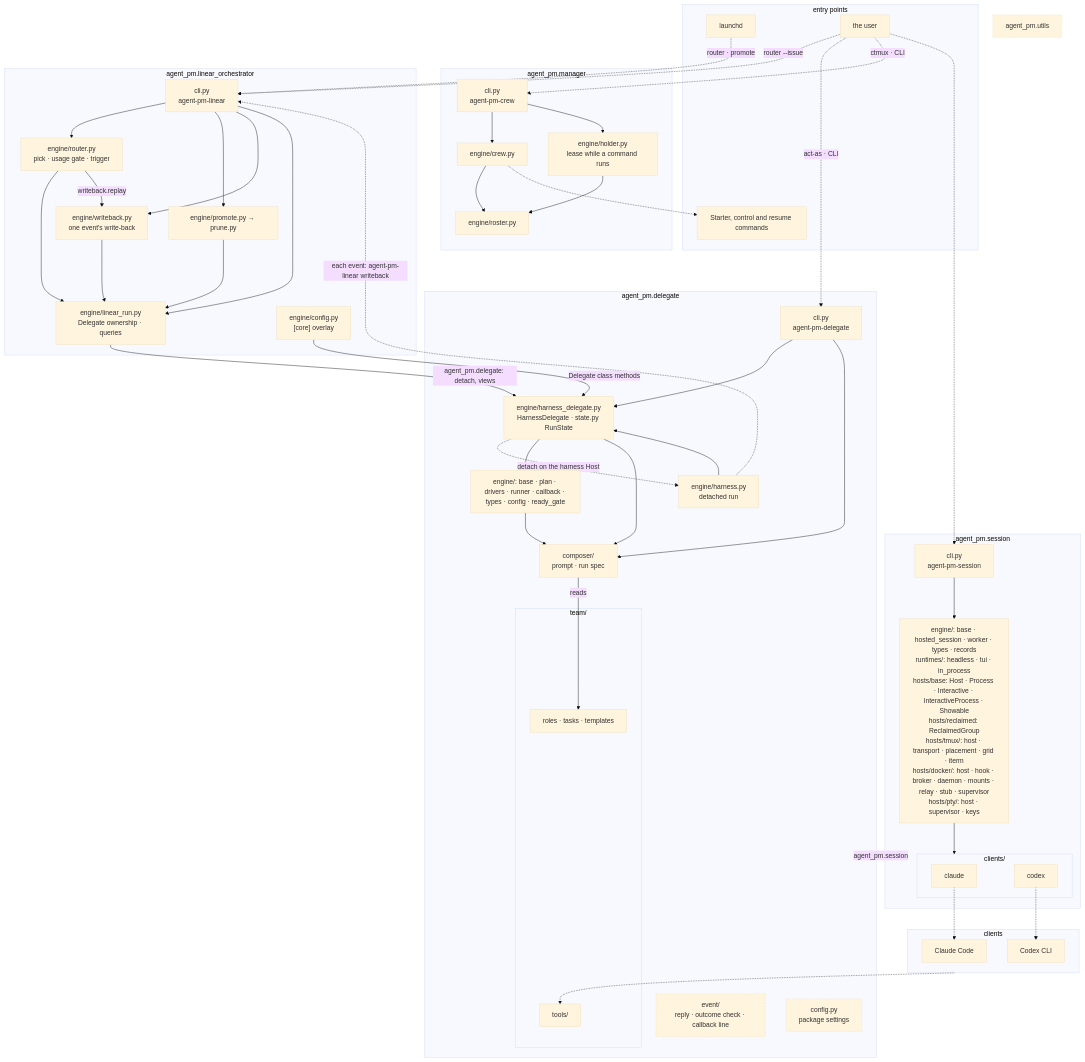
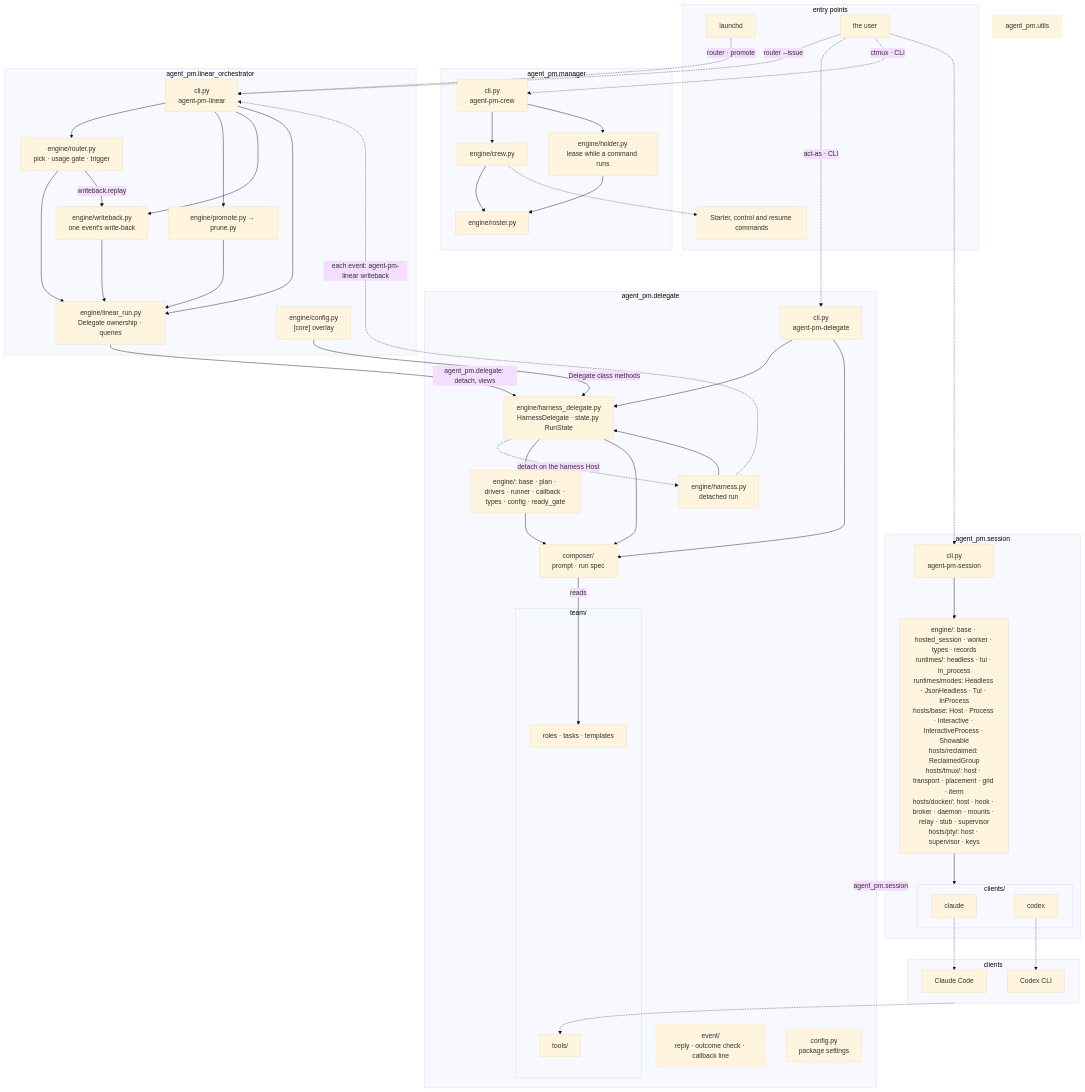
One commit to ophis/agent-pm changed the diagram in docs/architecture.md. Above: the diagram before and after it, drawn with Mermaid (base theme). The commit also changed 30 other files, not shown here.

First line of the commit message:
TASK-608: mode 接口 Headless/Tui/InProcess 从 clients/base.py 挪到按 mode 的共享模块 (#372)

````diff
--- a/docs/architecture.md
+++ b/docs/architecture.md
@@ -5,72 +5,72 @@
 ```mermaid
 flowchart TB
   subgraph EN[entry points]
     LD[launchd]
     HU[the user]
     CC[Starter, control and resume commands]
   end
   subgraph MG[agent_pm.manager]
     MC["cli.py<br>agent-pm-crew"] --> W["engine/crew.py"] --> RS["engine/roster.py"]
     MC --> HO["engine/holder.py<br>lease while a command runs"] --> RS
   end
   subgraph LO[agent_pm.linear_orchestrator]
     LCLI["cli.py<br>agent-pm-linear"]
     R["engine/router.py<br>pick · usage gate · trigger"]
     LR["engine/linear_run.py<br>Delegate ownership · queries"]
     WB["engine/writeback.py<br>one event's write-back"]
     PP["engine/promote.py → prune.py"]
     LC["engine/config.py<br>[core] overlay"]
   end
   subgraph DL[agent_pm.delegate]
     D["cli.py<br>agent-pm-delegate"]
     HD["engine/harness_delegate.py<br>HarnessDelegate · state.py RunState"]
     H["engine/harness.py<br>detached run"]
     E["engine/: base · plan · drivers · runner · callback · types · config · ready_gate"]
     C["composer/<br>prompt · run spec"]
     EV["event/<br>reply · outcome check · callback line"]
     CF["config.py<br>package settings"]
     subgraph TM[team/]
       T["roles · tasks · templates"]
       AT[tools/]
     end
   end
   subgraph SE[agent_pm.session]
     SC["cli.py<br>agent-pm-session"]
-    DR["engine/: base · hosted_session · worker · types · records<br>runtimes/: headless · tui · in_process<br>hosts/base: Host · Process · Interactive · InteractiveProcess · Showable<br>hosts/reclaimed: ReclaimedGroup<br>hosts/tmux/: host · transport · placement · grid · iterm<br>hosts/docker/: host · hook · broker · daemon · mounts · relay · stub · supervisor<br>hosts/pty/: host · supervisor · keys"]
+    DR["engine/: base · hosted_session · worker · types · records<br>runtimes/: headless · tui · in_process<br>runtimes/modes: Headless · JsonHeadless · Tui · InProcess<br>hosts/base: Host · Process · Interactive · InteractiveProcess · Showable<br>hosts/reclaimed: ReclaimedGroup<br>hosts/tmux/: host · transport · placement · grid · iterm<br>hosts/docker/: host · hook · broker · daemon · mounts · relay · stub · supervisor<br>hosts/pty/: host · supervisor · keys"]
     subgraph AD[clients/]
       CL[claude]
       CX[codex]
     end
   end
   U[agent_pm.utils]
   subgraph RT[clients]
     P1[Claude Code]
     P2[Codex CLI]
   end
   LD -.->|"router · promote"| LCLI
   HU -.->|"router --issue"| LCLI
   HU -.->|"act-as · CLI"| D
   HU -.->|"ctmux · CLI"| MC
   HU -.-> SC
   SC --> DR
   LCLI --> R & PP & WB & LR
   R & PP & WB --> LR
   R -->|"writeback.replay"| WB
   LR -->|"agent_pm.delegate: detach, views"| HD
   H -.->|"each event: agent-pm-linear writeback"| LCLI
   LC -->|"Delegate class methods"| HD
   W -.-> CC
   D & H --> HD
   D --> C
   HD -.->|"detach on the harness Host"| H
   HD --> E & C
   E --> C
   DL -->|agent_pm.session| SE
   C -->|reads| T
   DR --> AD
   CL -.-> P1
   CX -.-> P2
   RT -.-> AT
   classDef shared stroke-dasharray: 4 3
   class EV,U,CF shared
 ```
````
